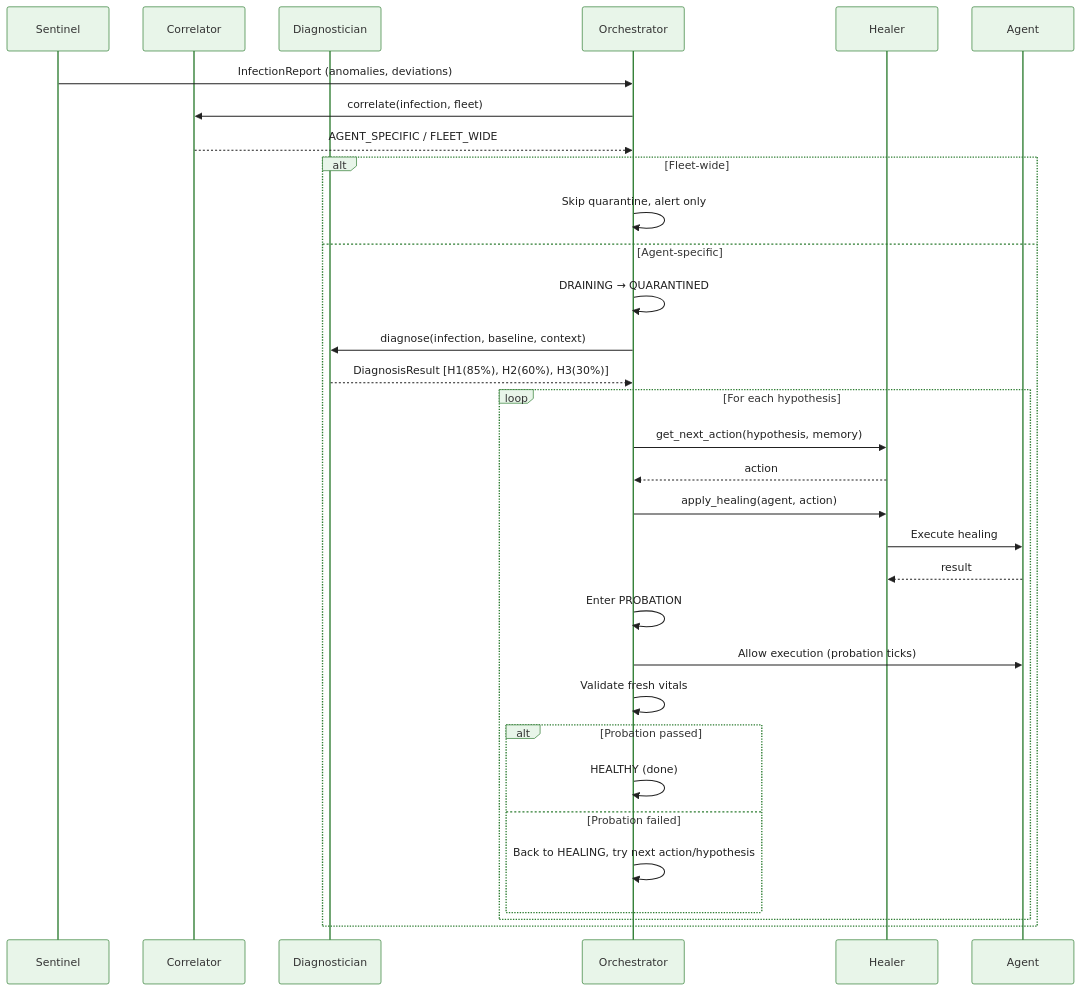
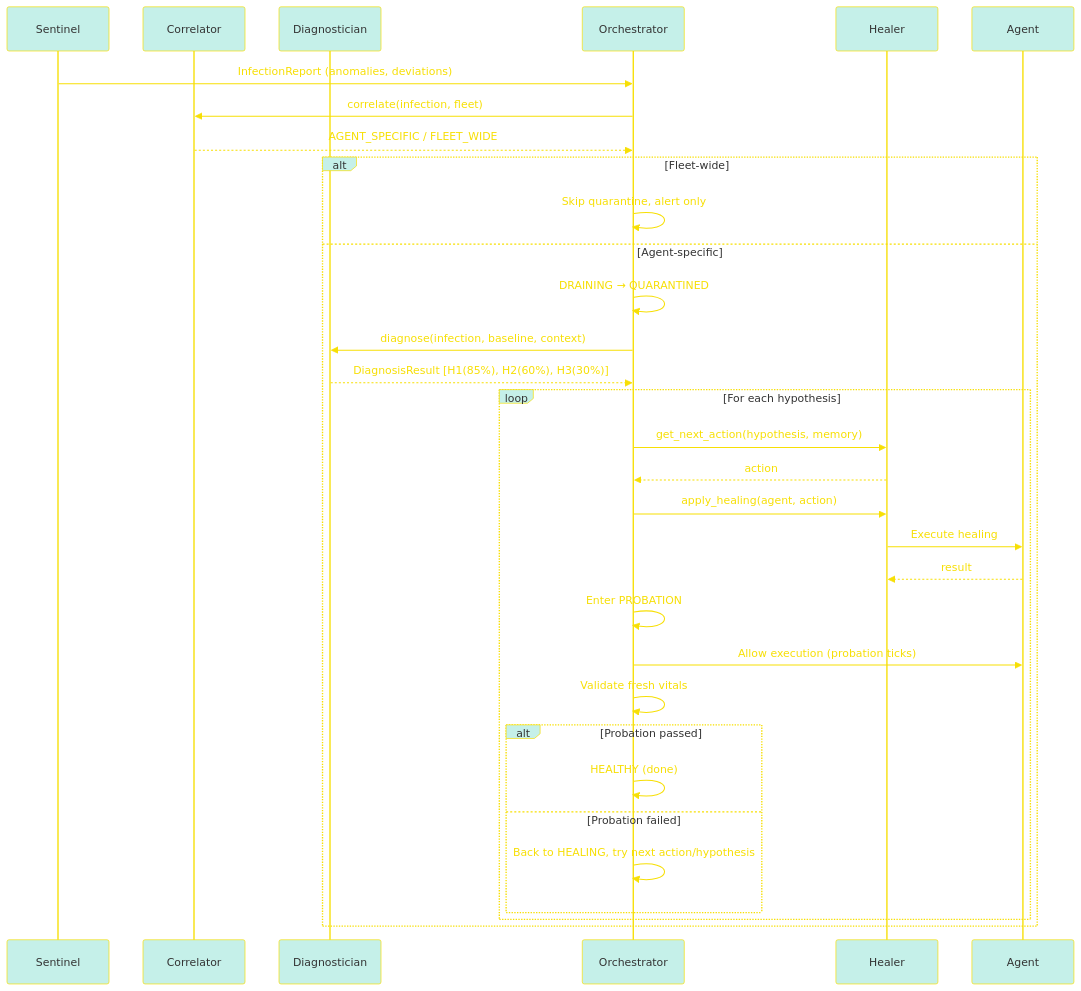
Before and after one commit to sanjaybommalene/ai-agent-immune-system: the second of 2 diagrams in docs/AGENT_LIFECYCLE.md, drawn with Mermaid. The commit also changed 1 other file, not shown here.

Commit message:
Changed color combination for better view

````diff
--- a/docs/AGENT_LIFECYCLE.md
+++ b/docs/AGENT_LIFECYCLE.md
@@ -146,36 +146,36 @@
 ```mermaid
-%%{init:{'theme':'base','themeVariables':{'primaryColor':'#E8F5E9','primaryBorderColor':'#2E7D32','lineColor':'#2E7D32','textColor':'#212121','fontSize':'13px'}}}%%
+%%{init:{'theme':'base','themeVariables':{'primaryColor':'#c5f0e9','primaryBorderColor':'#f7df05','lineColor':'#f7df05','textColor':'#f7df05','fontSize':'13px'}}}%%
 sequenceDiagram
     participant S as Sentinel
     participant C as Correlator
     participant D as Diagnostician
     participant O as Orchestrator
     participant H as Healer
     participant A as Agent
 
     S->>O: InfectionReport (anomalies, deviations)
     O->>C: correlate(infection, fleet)
     C-->>O: AGENT_SPECIFIC / FLEET_WIDE
     alt Fleet-wide
         O->>O: Skip quarantine, alert only
     else Agent-specific
         O->>O: DRAINING → QUARANTINED
         O->>D: diagnose(infection, baseline, context)
         D-->>O: DiagnosisResult [H1(85%), H2(60%), H3(30%)]
         loop For each hypothesis
             O->>H: get_next_action(hypothesis, memory)
             H-->>O: action
             O->>H: apply_healing(agent, action)
             H->>A: Execute healing
             A-->>H: result
             O->>O: Enter PROBATION
             O->>A: Allow execution (probation ticks)
             O->>O: Validate fresh vitals
             alt Probation passed
                 O->>O: HEALTHY (done)
             else Probation failed
                 O->>O: Back to HEALING, try next action/hypothesis
             end
         end
     end
 ```
````
